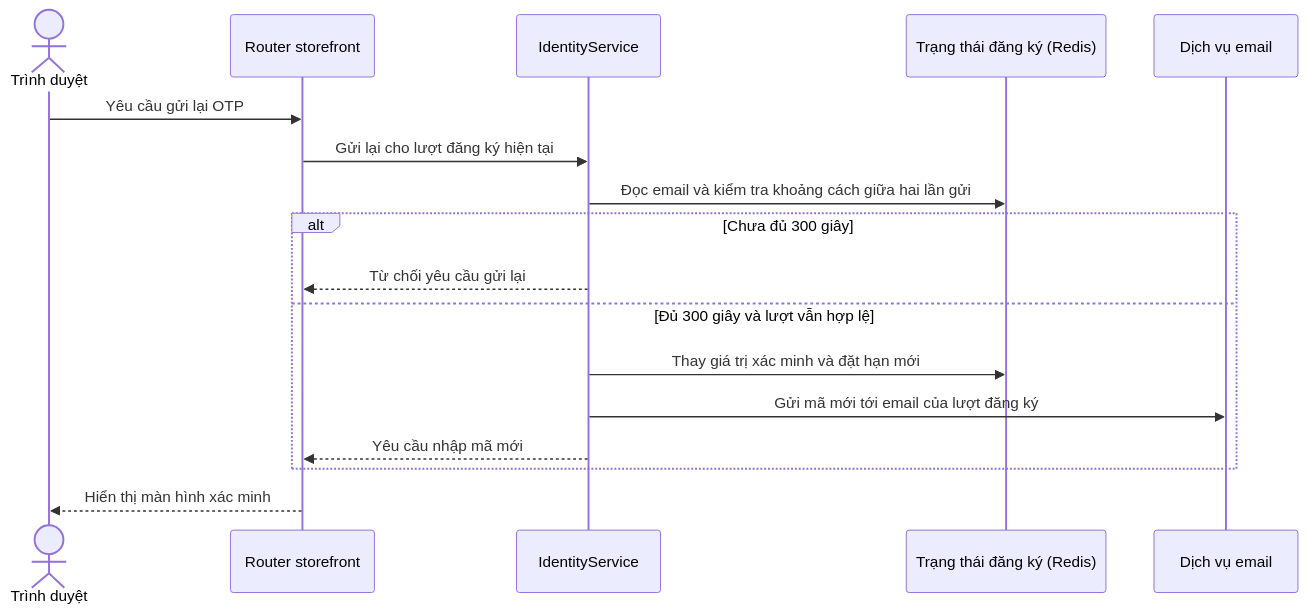
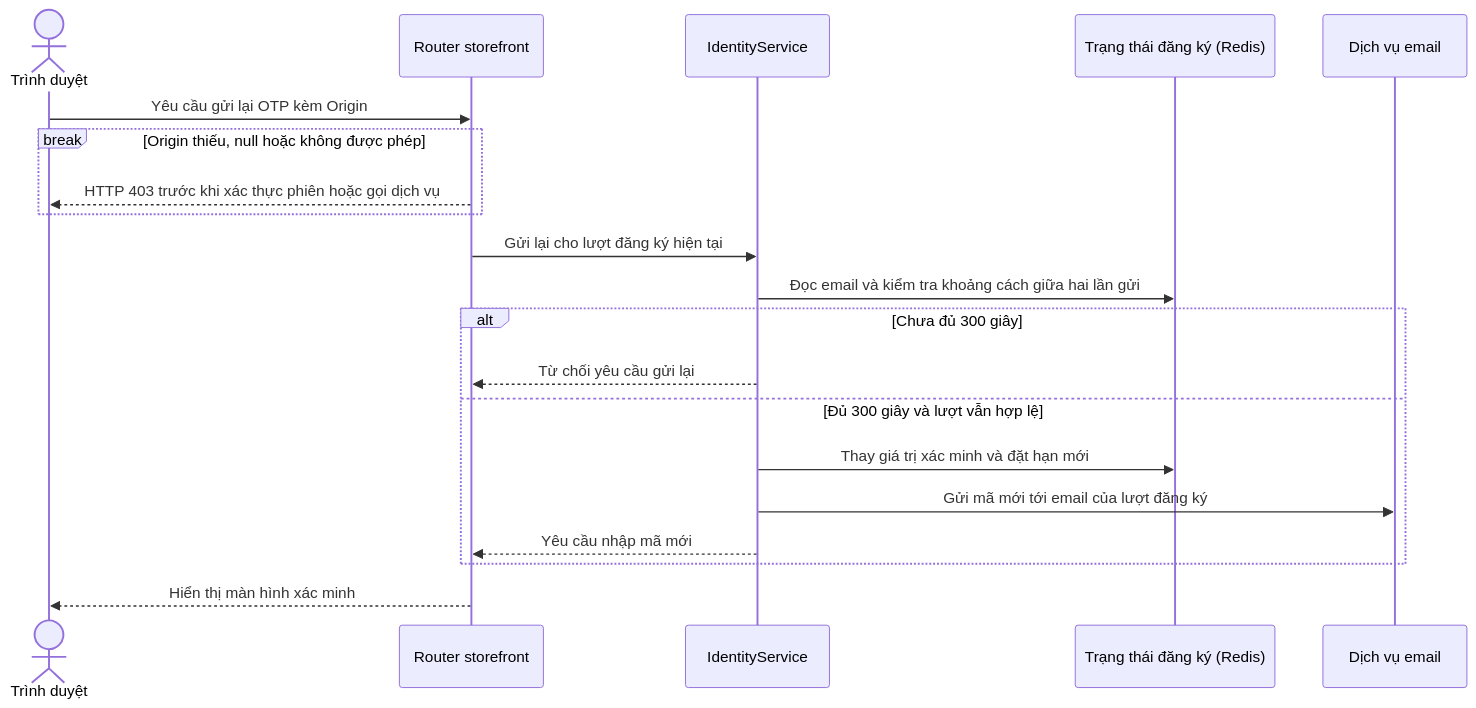
The diagram in docs/sequence/identity/post-register-otp-resend.md (thanhklt/sobie-swimwear-e-commerce), drawn with Mermaid before and after one commit. The commit also changed other lines of this file and 72 other files, not shown here.

````diff
--- a/docs/sequence/identity/post-register-otp-resend.md
+++ b/docs/sequence/identity/post-register-otp-resend.md
@@ -5,19 +5,22 @@
 ```mermaid
 sequenceDiagram
     actor Browser as Trình duyệt
     participant Route as Router storefront
     participant Service as IdentityService
     participant Redis as Trạng thái đăng ký (Redis)
     participant Mail as Dịch vụ email
-    Browser->>Route: Yêu cầu gửi lại OTP
+    Browser->>Route: Yêu cầu gửi lại OTP kèm Origin
+    break Origin thiếu, null hoặc không được phép
+        Route-->>Browser: HTTP 403 trước khi xác thực phiên hoặc gọi dịch vụ
+    end
     Route->>Service: Gửi lại cho lượt đăng ký hiện tại
     Service->>Redis: Đọc email và kiểm tra khoảng cách giữa hai lần gửi
     alt Chưa đủ 300 giây
         Service-->>Route: Từ chối yêu cầu gửi lại
     else Đủ 300 giây và lượt vẫn hợp lệ
         Service->>Redis: Thay giá trị xác minh và đặt hạn mới
         Service->>Mail: Gửi mã mới tới email của lượt đăng ký
         Service-->>Route: Yêu cầu nhập mã mới
     end
     Route-->>Browser: Hiển thị màn hình xác minh
 ```
````
